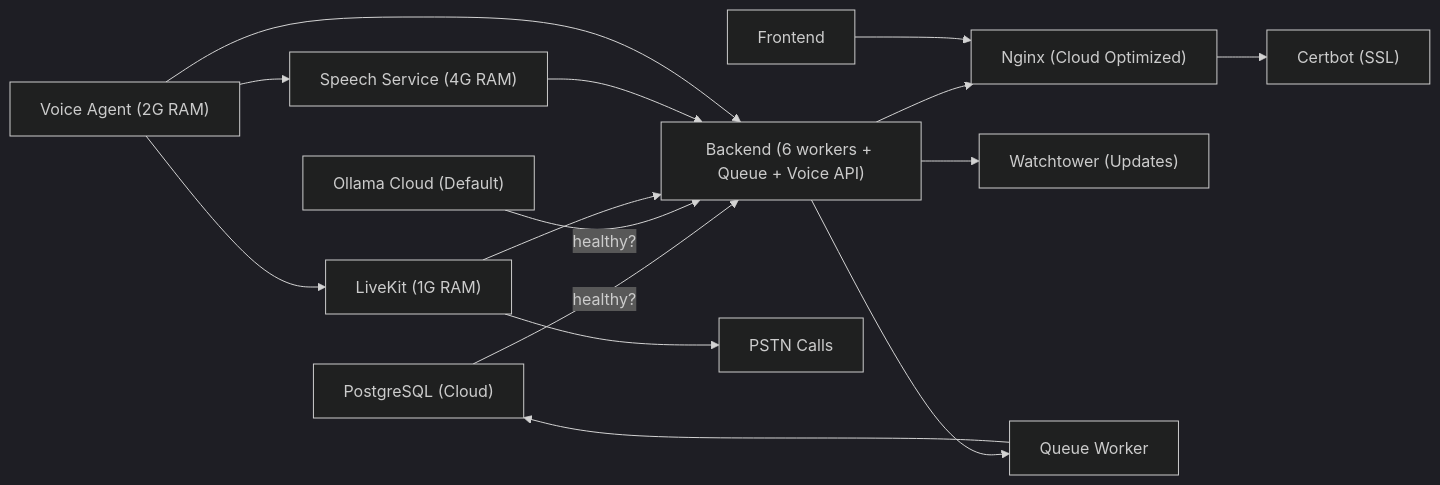
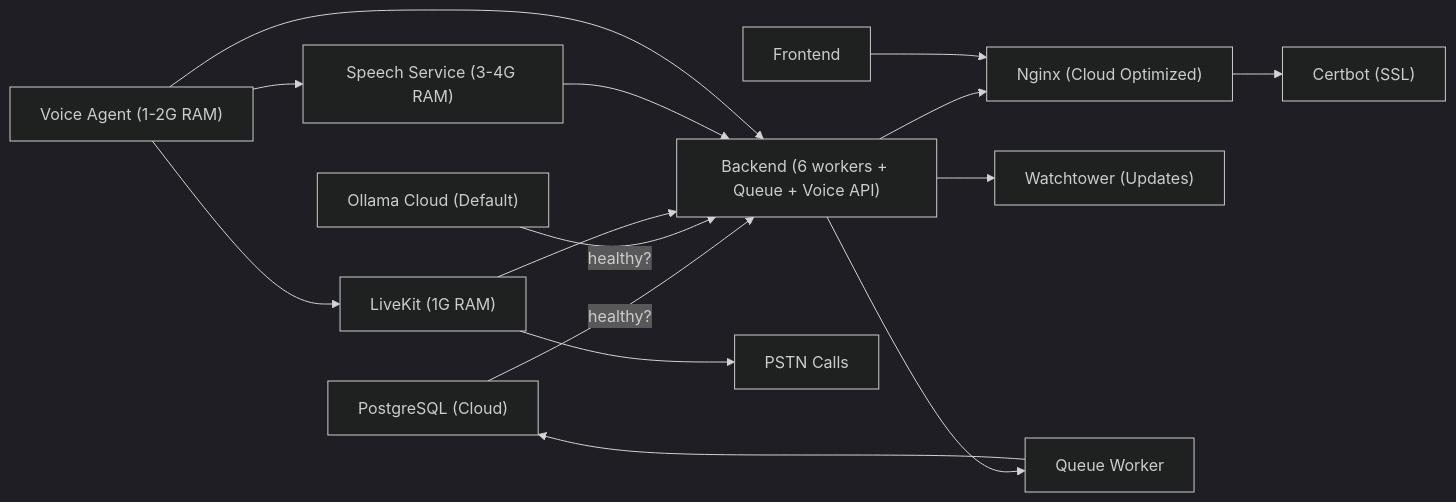
The sixth of 15 diagrams in .qoder/repowiki/en/content/Deployment & DevOps/Deployment & DevOps.md (Revanththetalogics/aireume), drawn with Mermaid (dark theme) before and after one commit. The commit also changed other lines of this file and 9 other files, not shown here.

````diff
--- a/.qoder/repowiki/en/content/Deployment & DevOps/Deployment & DevOps.md
+++ b/.qoder/repowiki/en/content/Deployment & DevOps/Deployment & DevOps.md
@@ -379,17 +415,17 @@
 ```mermaid
 graph LR
 Postgres["PostgreSQL (Cloud)"] -- "healthy?" --> Backend["Backend (6 workers + Queue + Voice API)"]
 OllamaCloud["Ollama Cloud (Default)"] -- "healthy?" --> Backend
 Backend --> Nginx["Nginx (Cloud Optimized)"]
 Frontend["Frontend"] --> Nginx
 Nginx --> Certbot["Certbot (SSL)"]
 Backend --> Watchtower["Watchtower (Updates)"]
 Backend --> QueueWorker["Queue Worker"]
 LiveKit["LiveKit (1G RAM)"] --> Backend
-SpeechService["Speech Service (4G RAM)"] --> Backend
-VoiceAgent["Voice Agent (2G RAM)"] --> Backend
+SpeechService["Speech Service (3-4G RAM)"] --> Backend
+VoiceAgent["Voice Agent (1-2G RAM)"] --> Backend
 QueueWorker --> Postgres
 LiveKit --> PSTN["PSTN Calls"]
 VoiceAgent --> SpeechService
 VoiceAgent --> LiveKit
 ```
````
